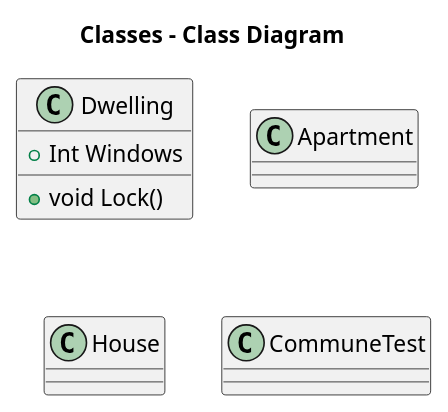
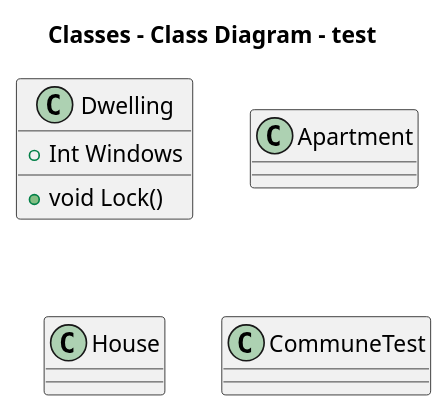
The diagram in test.puml (132nd-etcher/plantuml_test), drawn with PlantUML before and after one commit.

```diff
--- a/test.puml
+++ b/test.puml
@@ -1,15 +1,15 @@
 @startuml
 
-title Classes - Class Diagram
+title Classes - Class Diagram - test
 
 
 class Dwelling {
   +Int Windows
   +void Lock()
 }
 
 class Apartment
 class House
 class CommuneTest
 
 @enduml
```
